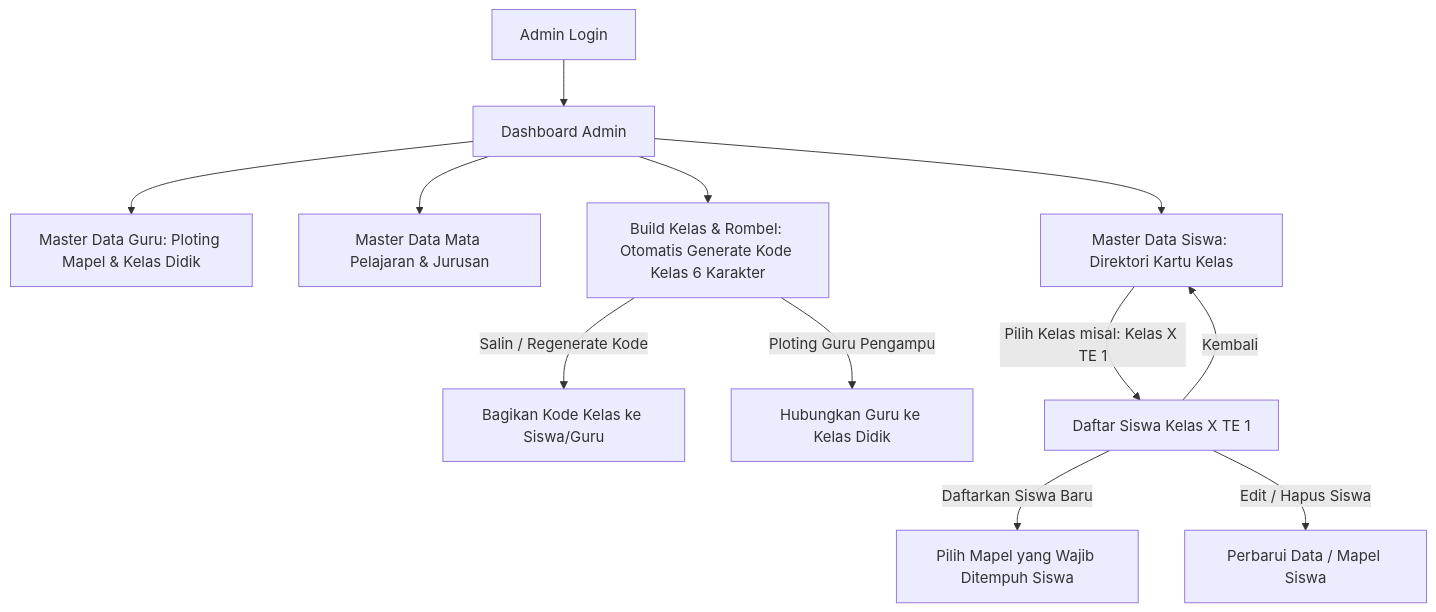
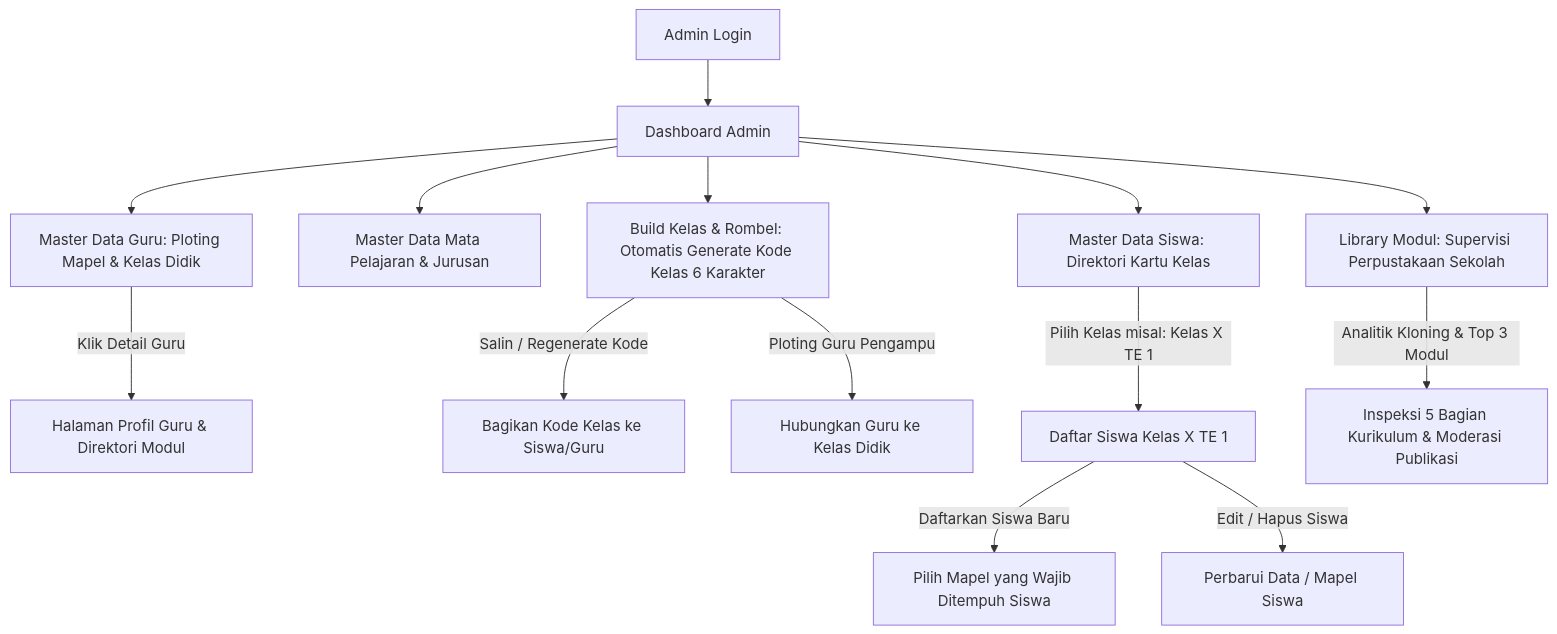
Before and after one commit to AdiLamunedo21/e-modul: the first of 4 diagrams in prd.md, drawn with Mermaid. The commit also changed other lines of this file and 8 other files, not shown here.

Commit message:
feat: supervisi perpustakaan modul admin, toolbar live search, view mode switcher, dan filter cepat library

````diff
--- a/prd.md
+++ b/prd.md
@@ -249,14 +251,16 @@
 ```mermaid
 graph TD
     A[Admin Login] --> B[Dashboard Admin]
     B --> C[Master Data Guru: Ploting Mapel & Kelas Didik]
+    C -->|Klik Detail Guru| C1[Halaman Profil Guru & Direktori Modul]
     B --> D[Master Data Mata Pelajaran & Jurusan]
     B --> E[Build Kelas & Rombel: Otomatis Generate Kode Kelas 6 Karakter]
     E -->|Salin / Regenerate Kode| E1[Bagikan Kode Kelas ke Siswa/Guru]
     E -->|Ploting Guru Pengampu| E2[Hubungkan Guru ke Kelas Didik]
     B --> F[Master Data Siswa: Direktori Kartu Kelas]
     F -->|Pilih Kelas misal: Kelas X TE 1| G[Daftar Siswa Kelas X TE 1]
     G -->|Daftarkan Siswa Baru| H[Pilih Mapel yang Wajib Ditempuh Siswa]
     G -->|Edit / Hapus Siswa| I[Perbarui Data / Mapel Siswa]
-    G -->|Kembali| F
+    B --> J[Library Modul: Supervisi Perpustakaan Sekolah]
+    J -->|Analitik Kloning & Top 3 Modul| J1[Inspeksi 5 Bagian Kurikulum & Moderasi Publikasi]
 ```
````
